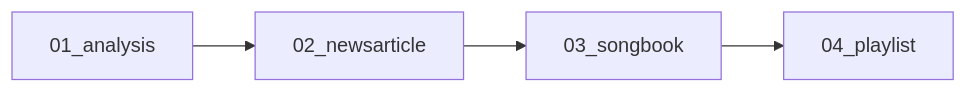
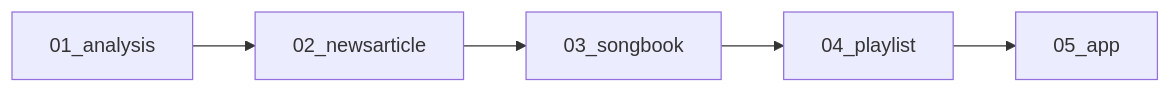
Before and after one commit to 5eh/multibase: the diagram in Thoughts.md, drawn with Mermaid. The commit also changed other lines of this file, not shown here.

Commit message:
:zap: (Thoughts.md) add 05_app step

````diff
--- a/Thoughts.md
+++ b/Thoughts.md
@@ -7,4 +7,4 @@
 ```mermaid
 graph LR
-    01_analysis --> 02_newsarticle --> 03_songbook --> 04_playlist
+    01_analysis --> 02_newsarticle --> 03_songbook --> 04_playlist --> 05_app
 ```
````
